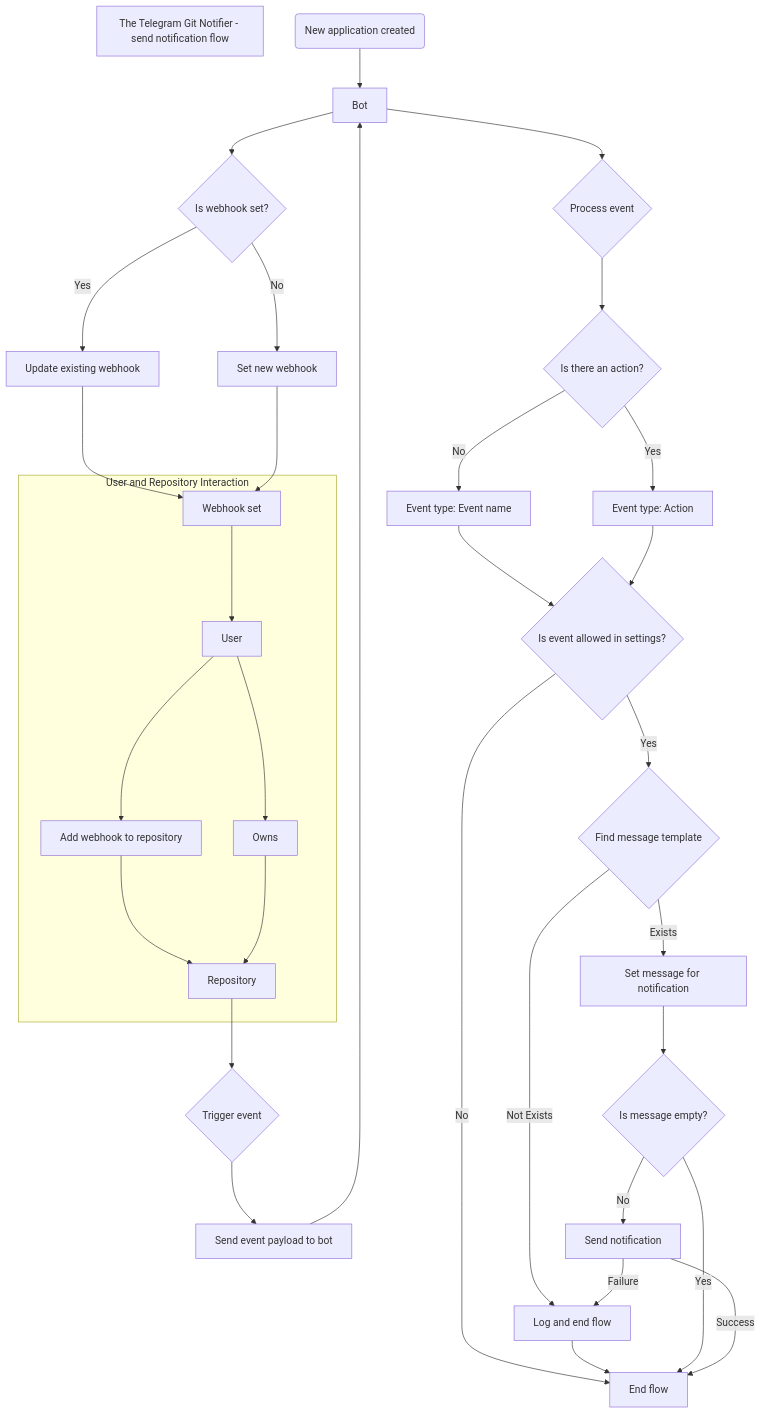
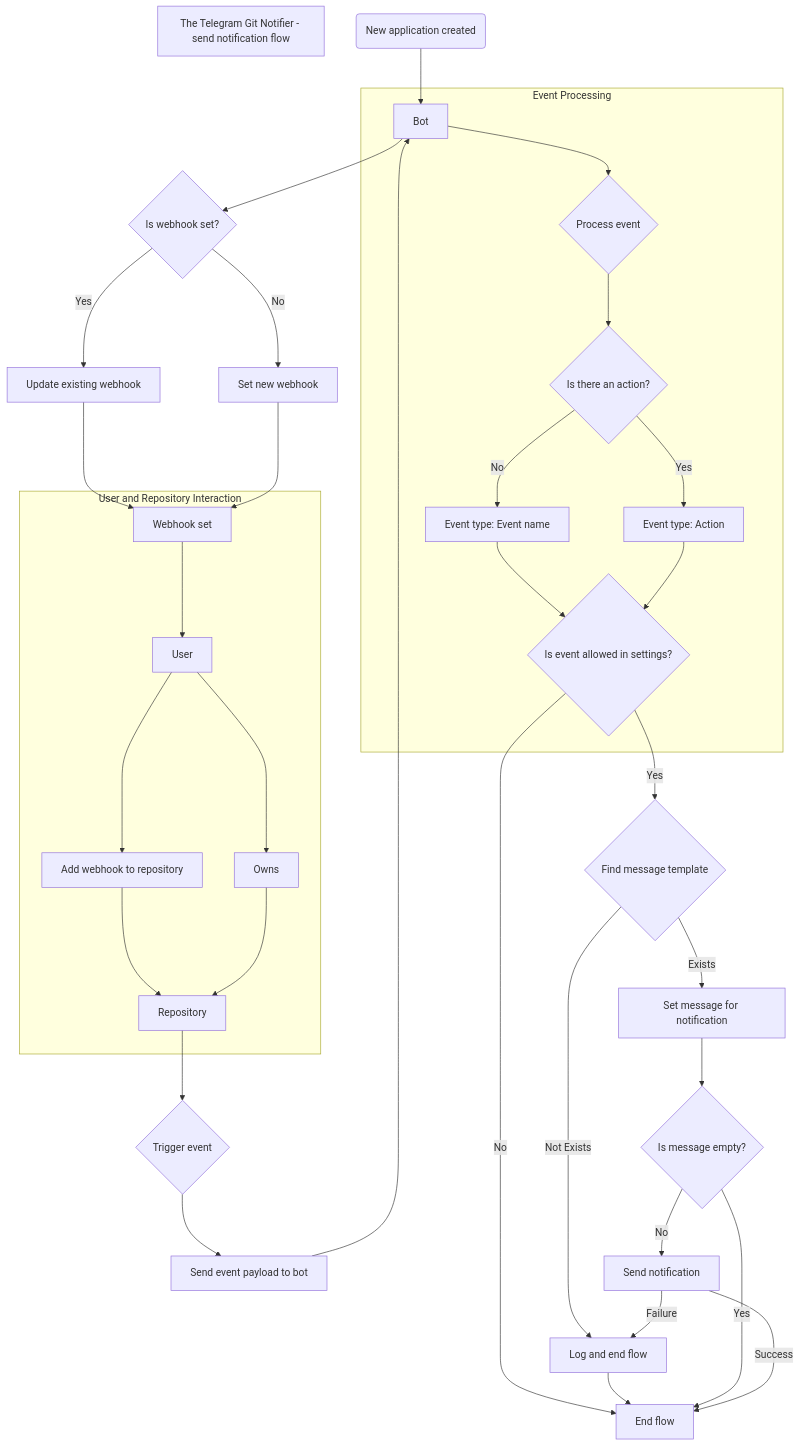
One commit to cslant/laravel-telegram-git-notifier changed the second of 2 diagrams in docs/single/send-notification-flow.md. Above: the diagram before and after it, drawn with Mermaid.

Commit message:
docs: update flowchart for the send notification flow

````diff
--- a/docs/single/send-notification-flow.md
+++ b/docs/single/send-notification-flow.md
@@ -103,41 +103,45 @@
 ```mermaid
 flowchart TD
     title[The Telegram Git Notifier - send notification flow]
 
     application(New application created)
     application-->bot[Bot created]
     bot[Bot]
     bot-->webhookCheck{Is webhook set?}
     webhookCheck-->|No|setNewWebhook[Set new webhook]
     webhookCheck-->|Yes|updateWebhook[Update existing webhook]
     updateWebhook-->webhook[Webhook updated]
     setNewWebhook-->webhook[Webhook set]
 
     subgraph "User and Repository Interaction"
         webhook-->user[User]
         user-->addWebhookToRepo[Add webhook to repository]
         addWebhookToRepo-->repository[Repository]
         user-->ownsRepo[Owns]
         ownsRepo-->repository
     end
 
     repository-->triggerEvent{Trigger event}
     triggerEvent-->sendPayload[Send event payload to bot]
     sendPayload-->bot
-    bot-->processEvent{Process event}
-    processEvent-->checkAction{Is there an action?}
-    checkAction-->|Yes|actionMessage[Event type: Action]
-    checkAction-->|No|eventNameMessage[Event type: Event name]
-    eventNameMessage-->checkSettings{Is event allowed in settings?}
-    actionMessage-->checkSettings
+    
+    subgraph "Event Processing"
+        bot-->processEvent{Process event}
+        processEvent-->checkAction{Is there an action?}
+        checkAction-->|Yes|actionMessage[Event type: Action]
+        checkAction-->|No|eventNameMessage[Event type: Event name]
+        eventNameMessage-->checkSettings{Is event allowed in settings?}
+        actionMessage-->checkSettings
+    end
+    
     checkSettings-->|Yes|findTemplate{Find message template}
     checkSettings-->|No|endFlow[End flow]
     findTemplate-->|Exists|setMessage[Set message for notification]
     findTemplate-->|Not Exists|logAndEndFlow[Log and end flow]
     logAndEndFlow-->endFlow
     setMessage-->checkMessage{Is message empty?}
     checkMessage-->|Yes|endFlow[End flow]
     checkMessage-->|No|sendNotification[Send notification]
     sendNotification-->|Success|endFlow[End flow]
     sendNotification-->|Failure|logAndEndFlow[Log and end flow]
 ```
````
